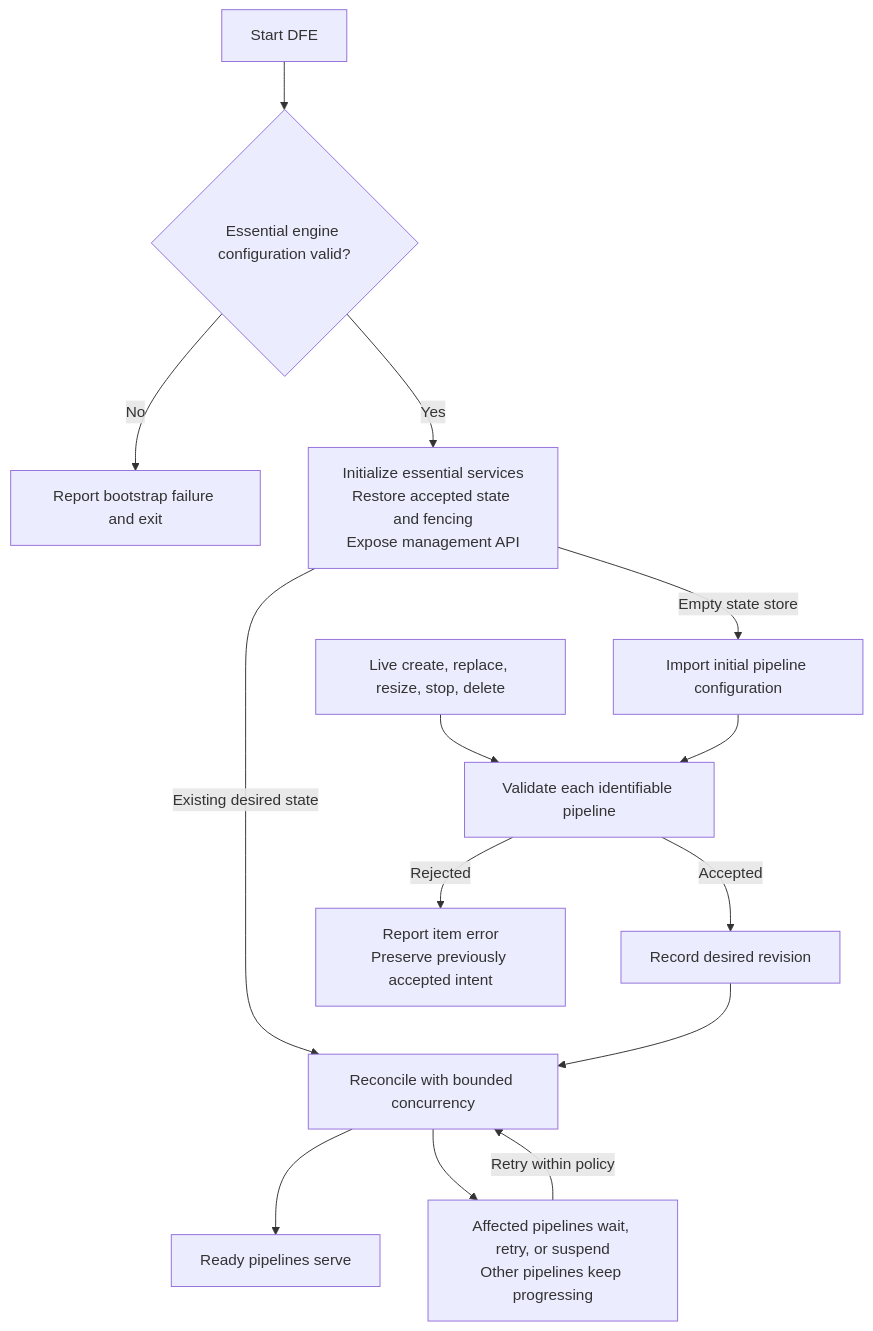
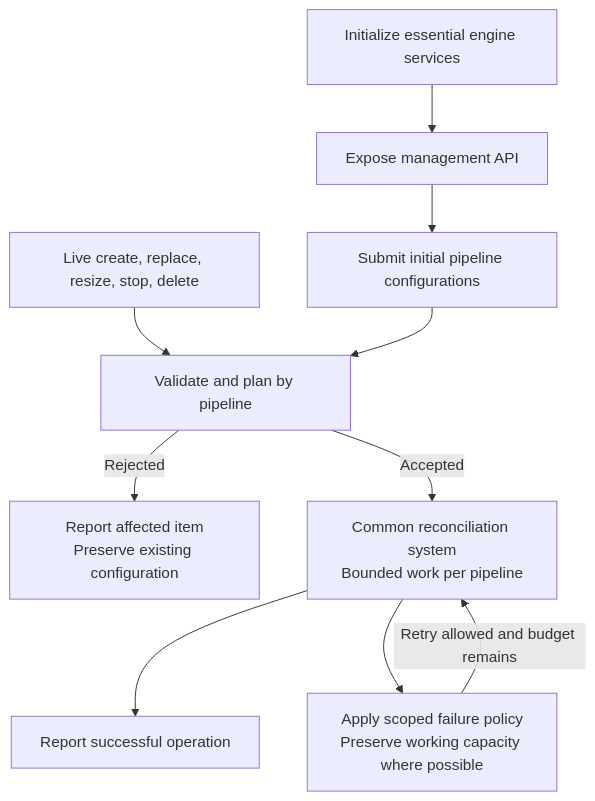
Before and after one commit to lquerel/otel-arrow: the diagram in rust/otap-dataflow/rfcs/0000-pipeline-lifecycle-reconciliation.md, drawn with Mermaid. The commit also changed other lines of this file, not shown here.

First line of the commit message:
docs: focus lifecycle RFC on reconciliation and failure policies

````diff
--- a/rust/otap-dataflow/rfcs/0000-pipeline-lifecycle-reconciliation.md
+++ b/rust/otap-dataflow/rfcs/0000-pipeline-lifecycle-reconciliation.md
@@ -61,16 +42,12 @@
 ```mermaid
 flowchart TD
-    boot["Start DFE"] --> essential{"Essential engine configuration valid?"}
-    essential -->|No| exit["Report bootstrap failure and exit"]
-    essential -->|Yes| admin["Initialize essential services<br/>Restore accepted state and fencing<br/>Expose management API"]
-    admin -->|Existing desired state| reconcile["Reconcile with bounded concurrency"]
-    admin -->|Empty state store| initial["Import initial pipeline configuration"]
-    initial --> admission["Validate each identifiable pipeline"]
-    live["Live create, replace, resize, stop, delete"] --> admission
-    admission -->|Rejected| report["Report item error<br/>Preserve previously accepted intent"]
-    admission -->|Accepted| desired["Record desired revision"]
-    desired --> reconcile
-    reconcile --> serving["Ready pipelines serve"]
-    reconcile --> blocked["Affected pipelines wait, retry, or suspend<br/>Other pipelines keep progressing"]
-    blocked -->|Retry within policy| reconcile
+    boot["Initialize essential engine services"] --> admin["Expose management API"]
+    admin --> initial["Submit initial pipeline configurations"]
+    live["Live create, replace, resize, stop, delete"] --> validate
+    initial --> validate["Validate and plan by pipeline"]
+    validate -->|Rejected| error["Report affected item<br/>Preserve existing configuration"]
+    validate -->|Accepted| reconcile["Common reconciliation system<br/>Bounded work per pipeline"]
+    reconcile --> success["Report successful operation"]
+    reconcile --> failure["Apply scoped failure policy<br/>Preserve working capacity where possible"]
+    failure -->|Retry allowed and budget remains| reconcile
 ```
````
